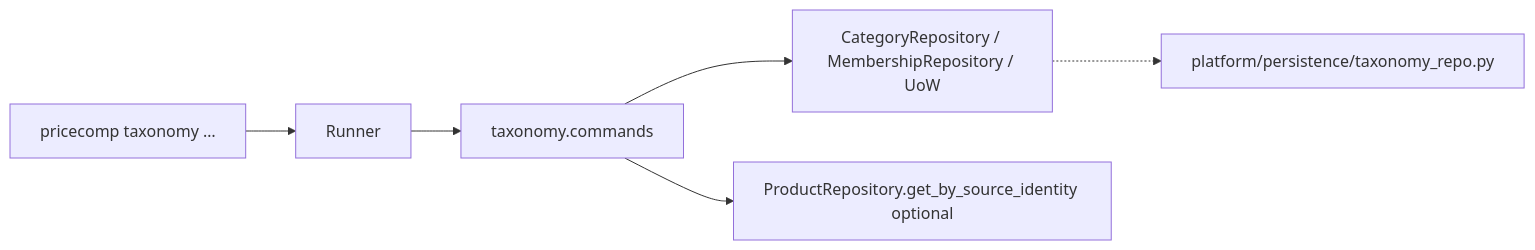
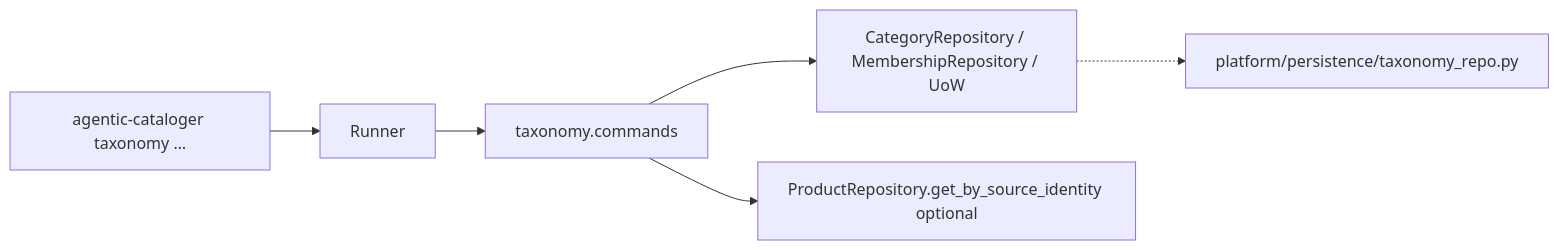
One commit to nathanvogel/agentic-cataloger changed the diagram in docs/plans/20260803-backend-taxonomy-tree.md. Above: the diagram before and after it, drawn with Mermaid. The commit also changed other lines of this file and 84 other files, not shown here.

Commit message:
refactor: Rename project to agentic-cataloger

````diff
--- a/docs/plans/20260803-backend-taxonomy-tree.md
+++ b/docs/plans/20260803-backend-taxonomy-tree.md
@@ -64,8 +64,8 @@
 ```mermaid
 flowchart LR
-  CLI["pricecomp taxonomy …"] --> Runner
+  CLI["agentic-cataloger taxonomy …"] --> Runner
   Runner --> Cmds["taxonomy.commands"]
   Cmds --> Ports["CategoryRepository / MembershipRepository / UoW"]
   Ports -.-> Repo["platform/persistence/taxonomy_repo.py"]
   Cmds --> CatalogLookups["ProductRepository.get_by_source_identity optional"]
 ```
````
